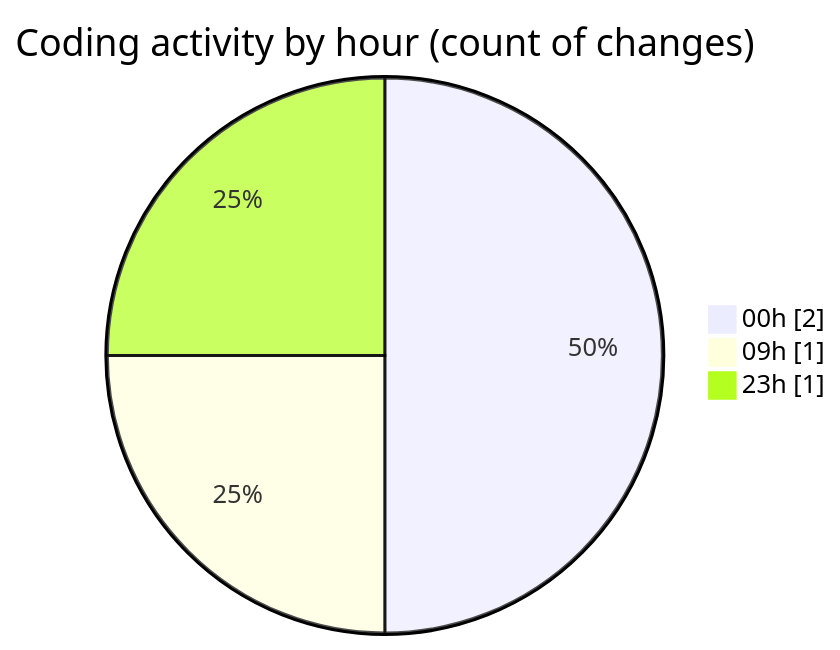
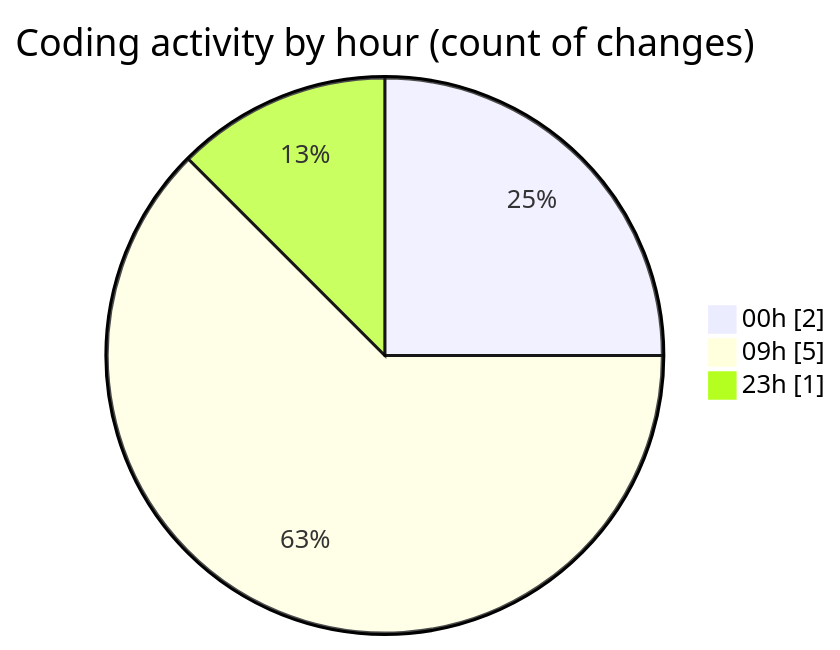
One commit to momahboobian/code-tracking changed the second of 2 diagrams in 2025-07-29/cda/README.md. Above: the diagram before and after it, drawn with Mermaid. The commit also changed other lines of this file and 1 other file, not shown here.

````diff
--- a/2025-07-29/cda/README.md
+++ b/2025-07-29/cda/README.md
@@ -29,7 +29,7 @@
 ```mermaid
 pie showData
 title Coding activity by hour (count of changes)
 "00h" : 2
-"09h" : 1
+"09h" : 5
 "23h" : 1
 ```
````
